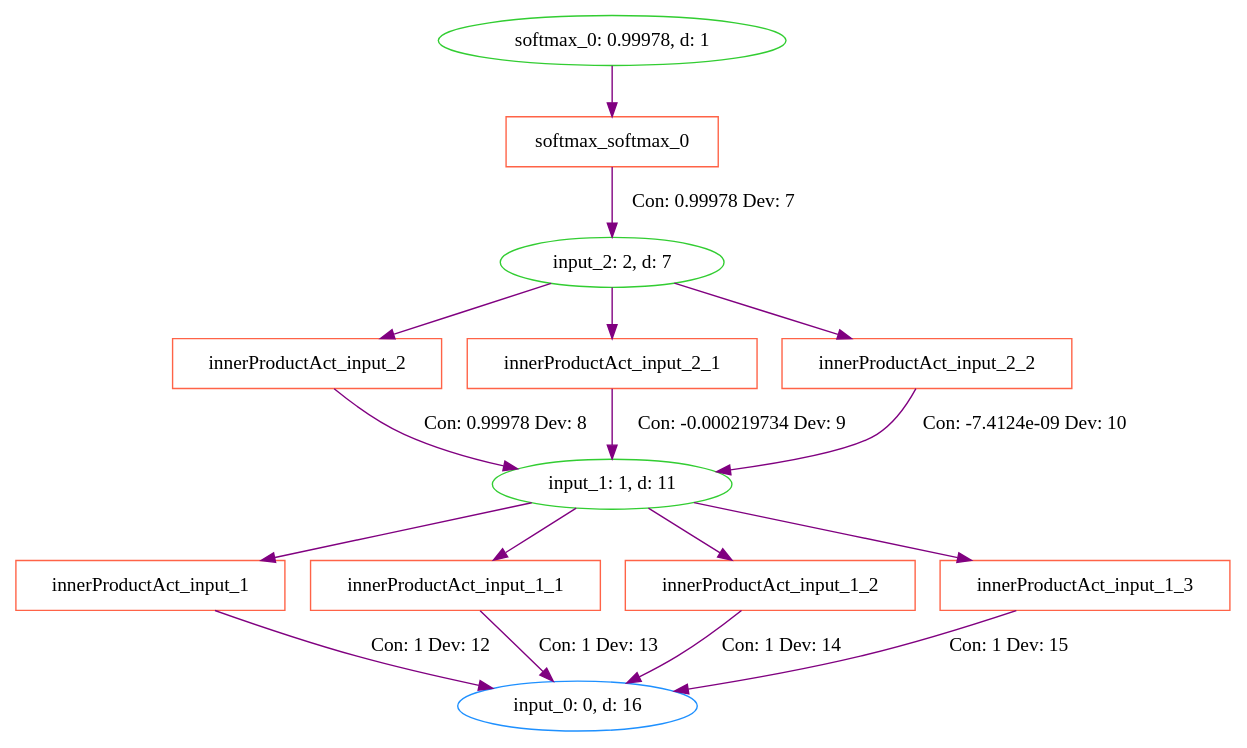
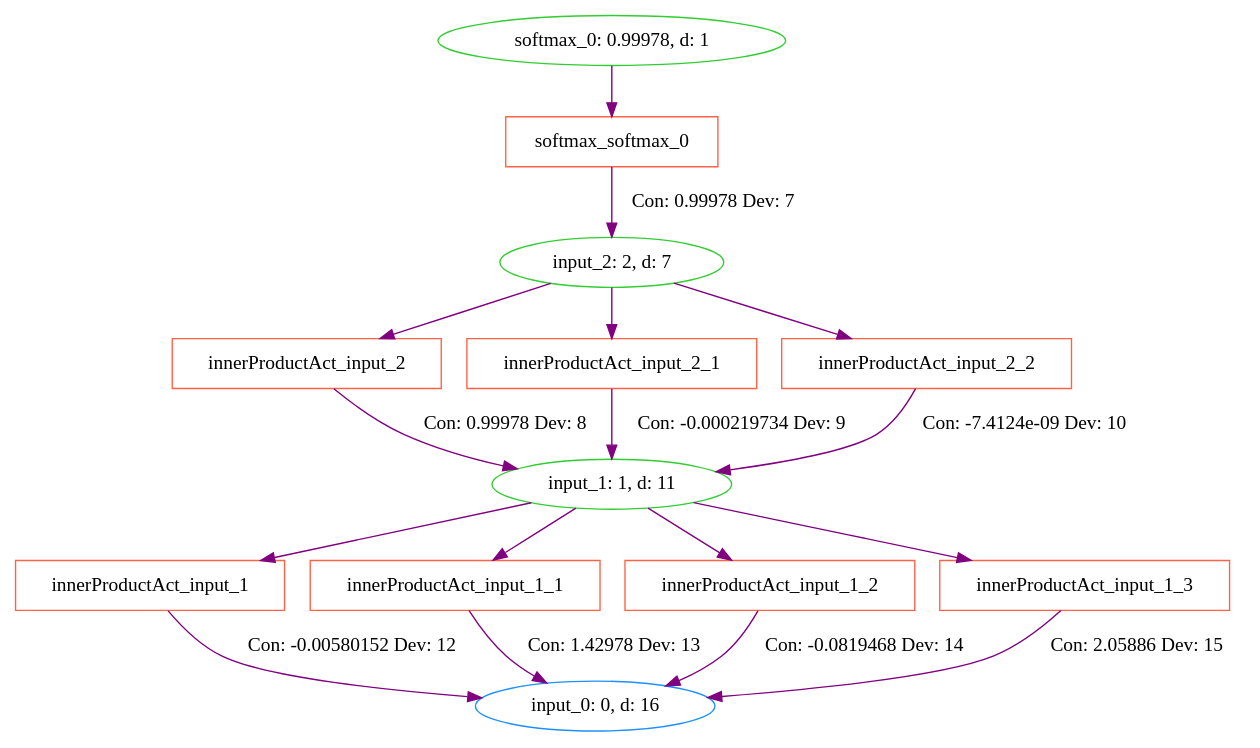
Before and after one commit to milliondegree/PXAI: the diagram in data/iris/cprov/test2-softmax_0.dot, drawn with Graphviz. The commit also changed 12 other files, not shown here.

```diff
--- a/data/iris/cprov/test2-softmax_0.dot
+++ b/data/iris/cprov/test2-softmax_0.dot
@@ -1,46 +1,46 @@
 digraph G {
 0 [label="softmax_0: 0.99978, d: 1", shape=oval, color=limegreen];
 1 [label="softmax_softmax_0", shape=box, color=tomato];
 2 [label="input_2: 2, d: 7", shape=oval, color=limegreen];
 3 [label="innerProductAct_input_2", shape=box, color=tomato];
 4 [label="input_1: 1, d: 11", shape=oval, color=limegreen];
 5 [label="innerProductAct_input_1", shape=box, color=tomato];
 6 [label="input_0: 0, d: 16", shape=oval, color=dodgerblue];
 7 [label="innerProductAct_input_1_1", shape=box, color=tomato];
 8 [label="innerProductAct_input_1_2", shape=box, color=tomato];
 9 [label="innerProductAct_input_1_3", shape=box, color=tomato];
 10 [label="innerProductAct_input_2_1", shape=box, color=tomato];
 11 [label="innerProductAct_input_2_2", shape=box, color=tomato];
 0->1  [color=purple]
  [label=""];
 1->2  [color=purple]
  [label="Con: 0.99978 Dev: 7"];
 2->3  [color=purple]
  [label=""];
 3->4  [color=purple]
  [label="Con: 0.99978 Dev: 8"];
 4->5  [color=purple]
  [label=""];
 5->6  [color=purple]
- [label="Con: 1 Dev: 12"];
+ [label="Con: -0.00580152 Dev: 12"];
 4->7  [color=purple]
  [label=""];
 7->6  [color=purple]
- [label="Con: 1 Dev: 13"];
+ [label="Con: 1.42978 Dev: 13"];
 4->8  [color=purple]
  [label=""];
 8->6  [color=purple]
- [label="Con: 1 Dev: 14"];
+ [label="Con: -0.0819468 Dev: 14"];
 4->9  [color=purple]
  [label=""];
 9->6  [color=purple]
- [label="Con: 1 Dev: 15"];
+ [label="Con: 2.05886 Dev: 15"];
 2->10  [color=purple]
  [label=""];
 10->4  [color=purple]
  [label="Con: -0.000219734 Dev: 9"];
 2->11  [color=purple]
  [label=""];
 11->4  [color=purple]
  [label="Con: -7.4124e-09 Dev: 10"];
 }
```
